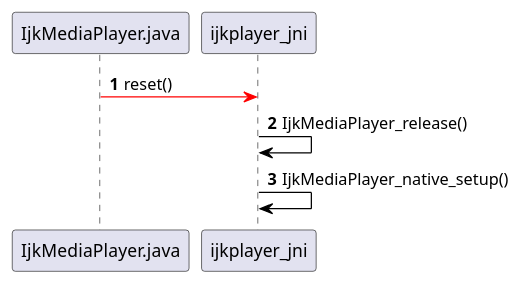
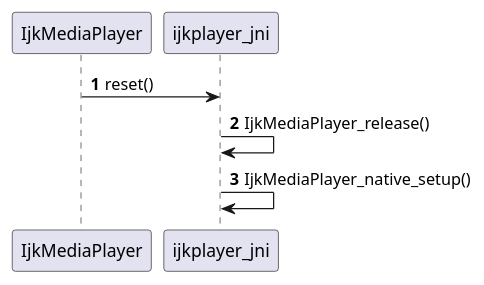
The diagram in doc/IjkPlayer/Sequence/ijkplayer_jni-reset.puml (biezhihua/SMusic), drawn with PlantUML before and after one commit. The commit also changed 16 other files, not shown here.

```diff
--- a/doc/IjkPlayer/Sequence/ijkplayer_jni-reset.puml
+++ b/doc/IjkPlayer/Sequence/ijkplayer_jni-reset.puml
@@ -1,10 +1,10 @@
 @startuml
 autonumber
 
-IjkMediaPlayer.java [#FF0000]-> ijkplayer_jni:reset()
+IjkMediaPlayer -> ijkplayer_jni:reset()
 
-ijkplayer_jni [#000000]-> ijkplayer_jni:IjkMediaPlayer_release()
+ijkplayer_jni -> ijkplayer_jni:IjkMediaPlayer_release()
 
-ijkplayer_jni [#000000]-> ijkplayer_jni:IjkMediaPlayer_native_setup()
+ijkplayer_jni -> ijkplayer_jni:IjkMediaPlayer_native_setup()
 
 @enduml
```
